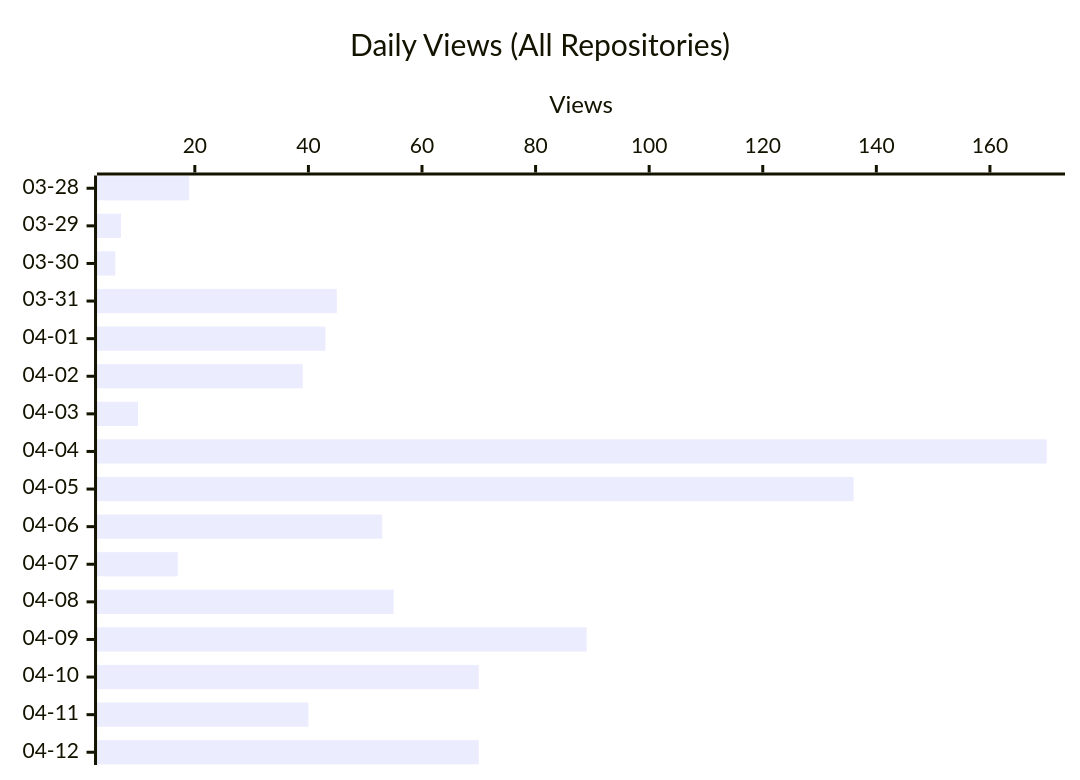
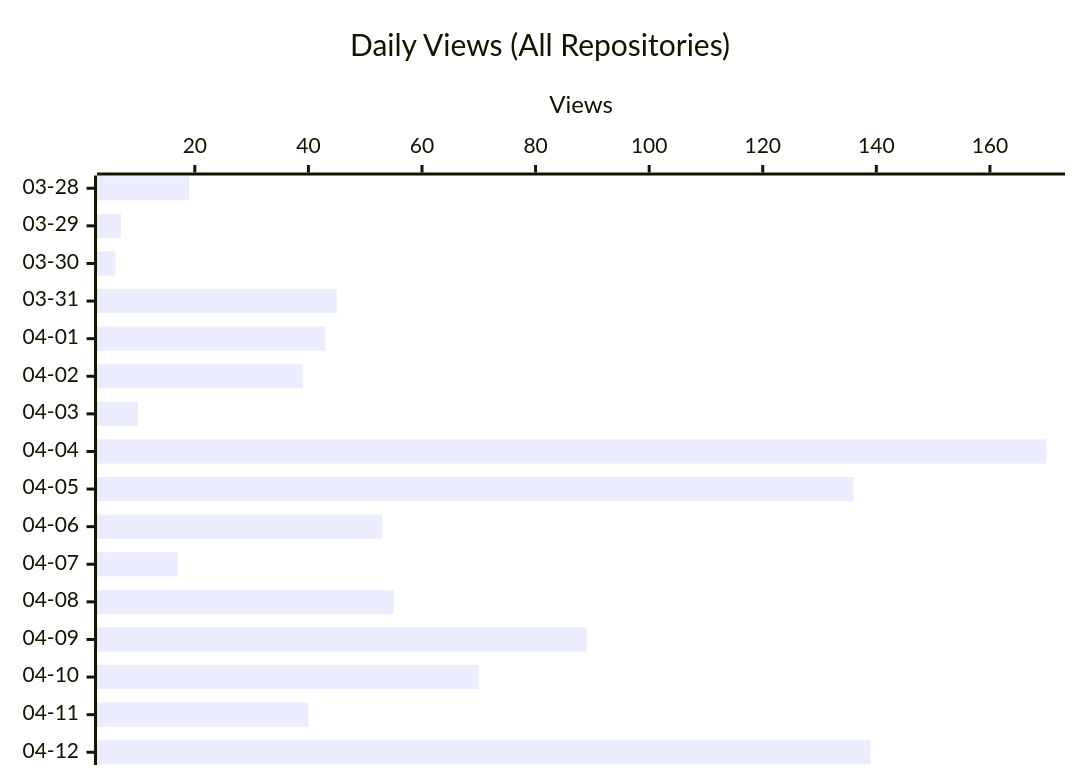
One commit to shigechika/github-insights changed the second of 3 diagrams in README.md. Above: the diagram before and after it, drawn with Mermaid. The commit also changed other lines of this file and 1 other file, not shown here.

````diff
--- a/README.md
+++ b/README.md
@@ -42,7 +42,7 @@
 ```mermaid
 xychart-beta horizontal
     title "Daily Views (All Repositories)"
     x-axis ["03-28", "03-29", "03-30", "03-31", "04-01", "04-02", "04-03", "04-04", "04-05", "04-06", "04-07", "04-08", "04-09", "04-10", "04-11", "04-12"]
     y-axis "Views"
-    bar [19, 7, 6, 45, 43, 39, 10, 170, 136, 53, 17, 55, 89, 70, 40, 70]
+    bar [19, 7, 6, 45, 43, 39, 10, 170, 136, 53, 17, 55, 89, 70, 40, 139]
 ```
````
